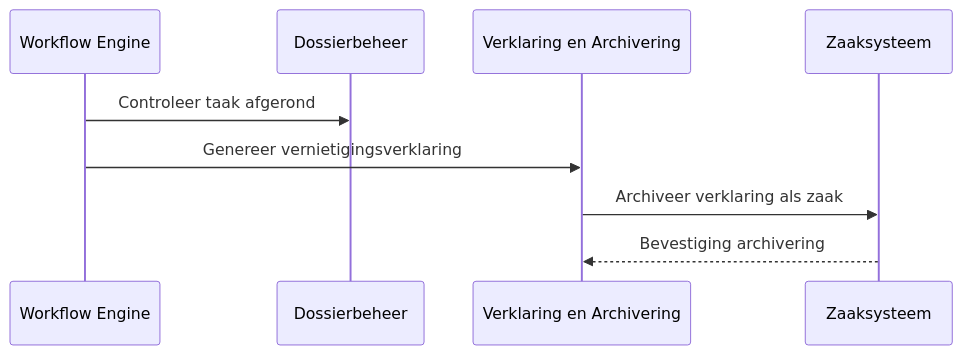
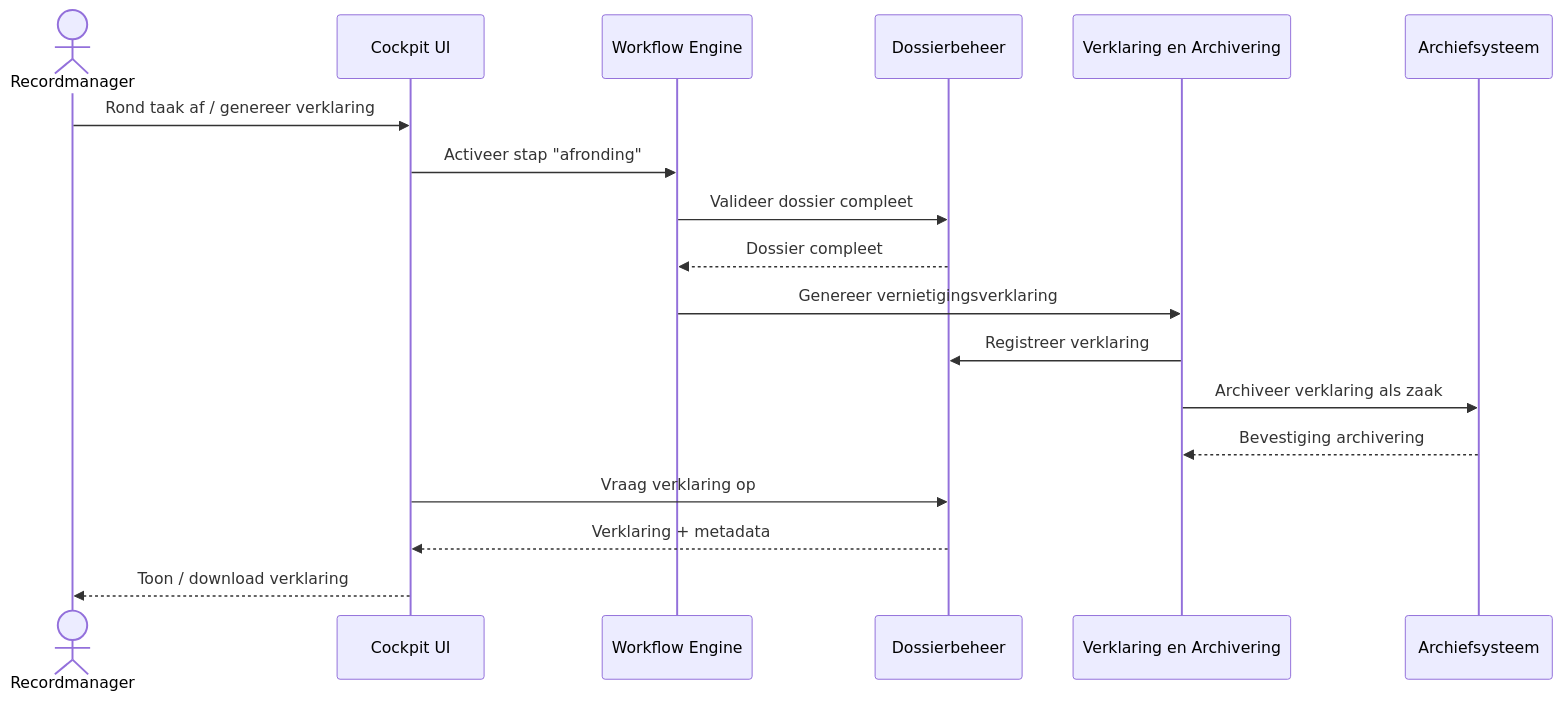
Before and after one commit to GemeenteArnhem/Vernietigingscockpit: the eighth of 11 diagrams in architectuur/sequence-diagrammen.md, drawn with Mermaid. The commit also changed other lines of this file and 10 other files, not shown here.

````diff
--- a/architectuur/sequence-diagrammen.md
+++ b/architectuur/sequence-diagrammen.md
@@ -151,12 +214,25 @@
 ```mermaid
 sequenceDiagram
+    actor RM as Recordmanager
+    participant UI as Cockpit UI
     participant WF as Workflow Engine
     participant D as Dossierbeheer
     participant V as Verklaring en Archivering
-    participant Z as Zaaksysteem
+    participant Z as Archiefsysteem
 
-    WF ->> D: Controleer taak afgerond
+    RM ->> UI: Rond taak af / genereer verklaring
+    UI ->> WF: Activeer stap "afronding"
+
+    WF ->> D: Valideer dossier compleet
+    D -->> WF: Dossier compleet
+
     WF ->> V: Genereer vernietigingsverklaring
+    V ->> D: Registreer verklaring
+
     V ->> Z: Archiveer verklaring als zaak
     Z -->> V: Bevestiging archivering
+
+    UI ->> D: Vraag verklaring op
+    D -->> UI: Verklaring + metadata
+    UI -->> RM: Toon / download verklaring
 ```
````
